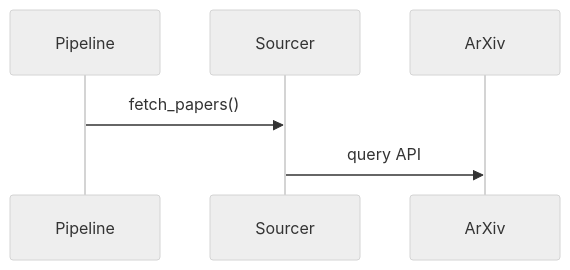
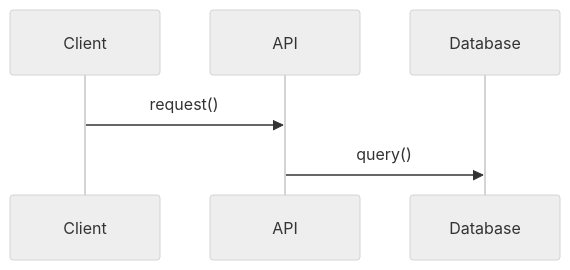
Before and after one commit to jhutchison0/tacsop: the second of 4 diagrams in .claude/skills/session-end.md, drawn with Mermaid (neutral theme). The commit also changed other lines of this file and 3 other files, not shown here.

````diff
--- a/.claude/skills/session-end.md
+++ b/.claude/skills/session-end.md
@@ -188,5 +182,5 @@
 ```mermaid
 sequenceDiagram
-    Pipeline->>Sourcer: fetch_papers()
-    Sourcer->>ArXiv: query API
+    Client->>API: request()
+    API->>Database: query()
 ```
````
